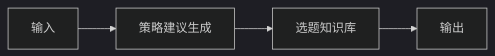
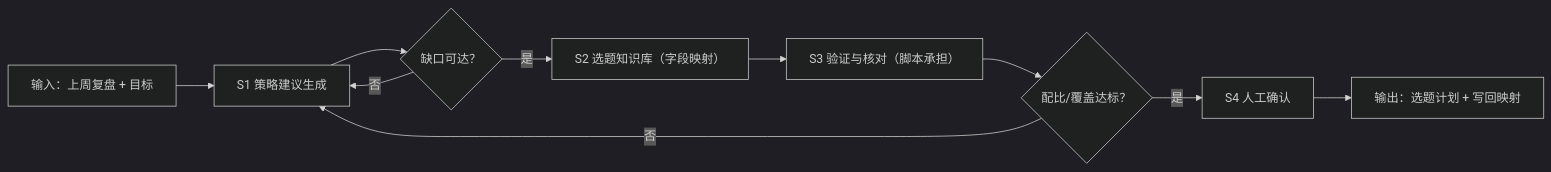
Before and after one commit to bangwozuo/data-recap-zh: the diagram in workflows/nextweek-content-strategy-flow/SKILL.md, drawn with Mermaid (dark theme). The commit also changed other lines of this file and 57 other files, not shown here.

````diff
--- a/workflows/nextweek-content-strategy-flow/SKILL.md
+++ b/workflows/nextweek-content-strategy-flow/SKILL.md
@@ -27,10 +31,12 @@
 ```mermaid
 flowchart LR
-    IN["输入"]
-    S1["策略建议生成"]
-    S2["选题知识库"]
-    OUT["输出"]
-    IN --> S1
-    S1 --> S2
-    S2 --> OUT
+    IN["输入：上周复盘 + 目标"] --> S1["S1 策略建议生成"]
+    S1 --> Q1{"缺口可达？"}
+    Q1 -- 否 --> S1
+    Q1 -- 是 --> S2["S2 选题知识库（字段映射）"]
+    S2 --> S3["S3 验证与核对（脚本承担）"]
+    S3 --> Q2{"配比/覆盖达标？"}
+    Q2 -- 否 --> S1
+    Q2 -- 是 --> S4["S4 人工确认"]
+    S4 --> OUT["输出：选题计划 + 写回映射"]
 ```
````
